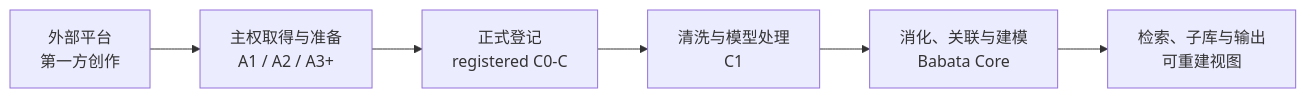
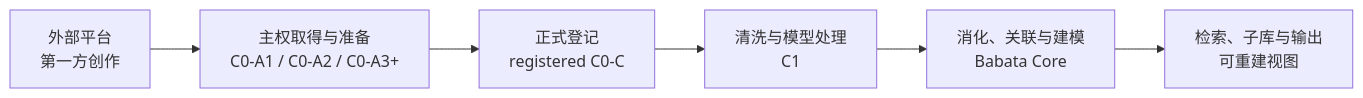
One commit to jadelaglace/babata changed the diagram in README.md. Above: the diagram before and after it, drawn with Mermaid. The commit also changed other lines of this file and 8 other files, not shown here.

````diff
--- a/README.md
+++ b/README.md
@@ -22,8 +22,8 @@
 ```mermaid
 flowchart LR
-    A["外部平台<br/>第一方创作"] --> B["主权取得与准备<br/>A1 / A2 / A3+"]
+    A["外部平台<br/>第一方创作"] --> B["主权取得与准备<br/>C0-A1 / C0-A2 / C0-A3+"]
     B --> C0["正式登记<br/>registered C0-C"]
     C0 --> C["清洗与模型处理<br/>C1"]
     C --> D["消化、关联与建模<br/>Babata Core"]
     D --> E["检索、子库与输出<br/>可重建视图"]
 ```
````
